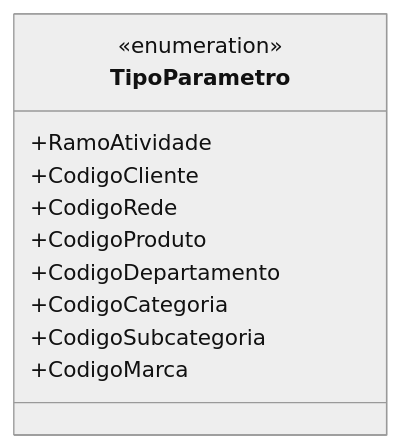
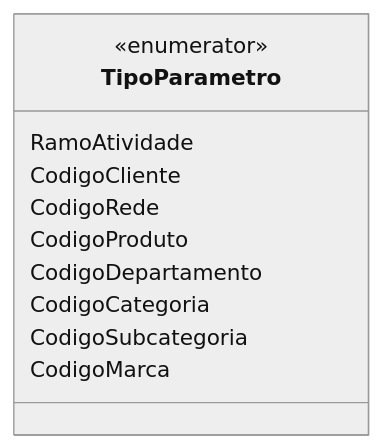
The diagram in docs/b2b-dominio/IsthmusWinthor.Nucleo/IsthmusWinthor.Dominio/Enumeradores/TipoParametro.md (IsthmusSistemas/documentacao-tecnica), drawn with Mermaid (neutral theme) before and after one commit. The commit also changed other lines of this file and 882 other files, not shown here.

````diff
--- a/docs/b2b-dominio/IsthmusWinthor.Nucleo/IsthmusWinthor.Dominio/Enumeradores/TipoParametro.md
+++ b/docs/b2b-dominio/IsthmusWinthor.Nucleo/IsthmusWinthor.Dominio/Enumeradores/TipoParametro.md
@@ -14,14 +11,14 @@
 ```mermaid
 classDiagram
     class TipoParametro {
-        <<enumeration>>
-        +RamoAtividade
-        +CodigoCliente
-        +CodigoRede
-        +CodigoProduto
-        +CodigoDepartamento
-        +CodigoCategoria
-        +CodigoSubcategoria
-        +CodigoMarca
+        <<enumerator>>
+        RamoAtividade
+        CodigoCliente
+        CodigoRede
+        CodigoProduto
+        CodigoDepartamento
+        CodigoCategoria
+        CodigoSubcategoria
+        CodigoMarca
     }
 ```
````
